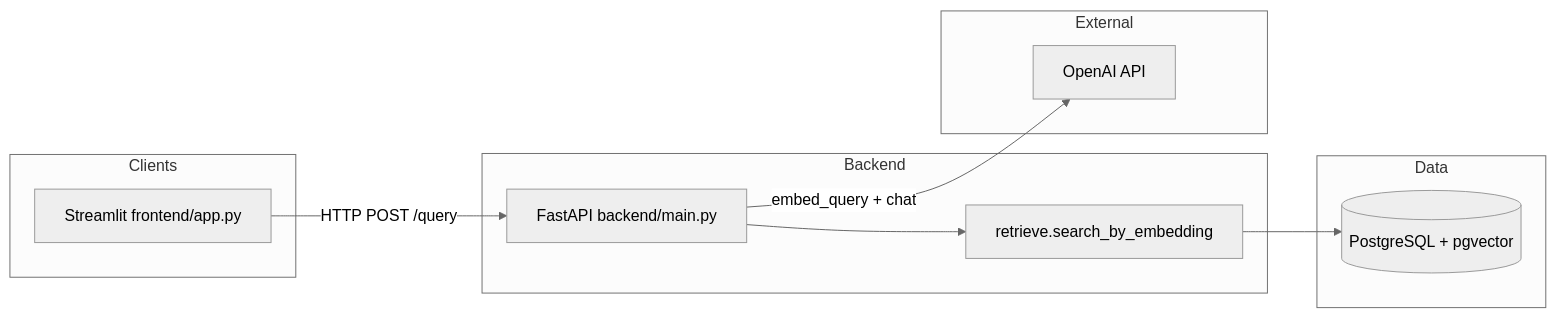
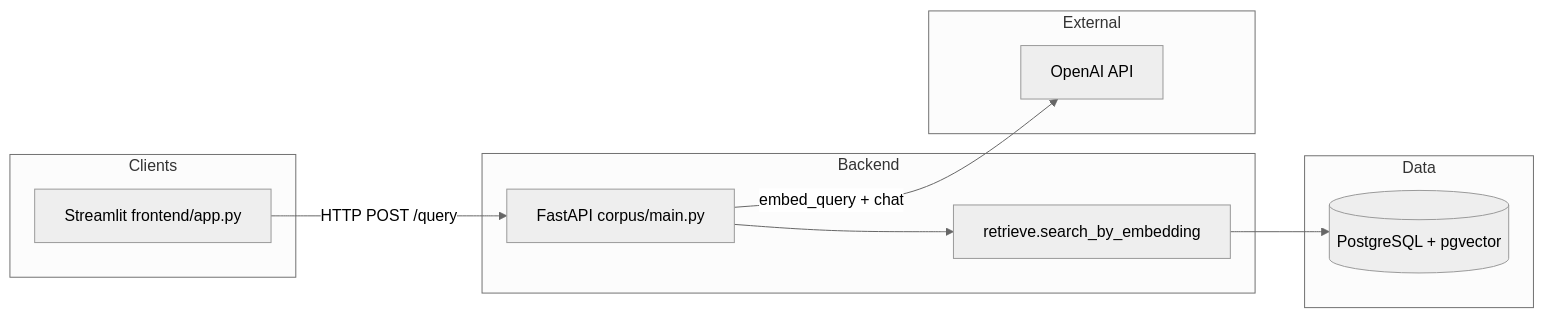
One commit to mattburnett-repo/chat-mvp changed the first of 3 diagrams in docs/architecture-overview.md. Above: the diagram before and after it, drawn with Mermaid (neutral theme). The commit also changed other lines of this file and 22 other files, not shown here.

````diff
--- a/docs/architecture-overview.md
+++ b/docs/architecture-overview.md
@@ -7,20 +7,20 @@
 ```mermaid
 flowchart LR
   subgraph Clients
     UI[Streamlit frontend/app.py]
   end
   subgraph Backend
-    API[FastAPI backend/main.py]
+    API[FastAPI corpus/main.py]
     RET[retrieve.search_by_embedding]
   end
   subgraph Data
     PG[(PostgreSQL + pgvector)]
   end
   subgraph External
     OAI[OpenAI API]
   end
   UI -->|HTTP POST /query| API
   API --> RET
   RET --> PG
   API -->|embed_query + chat| OAI
 ```
````
